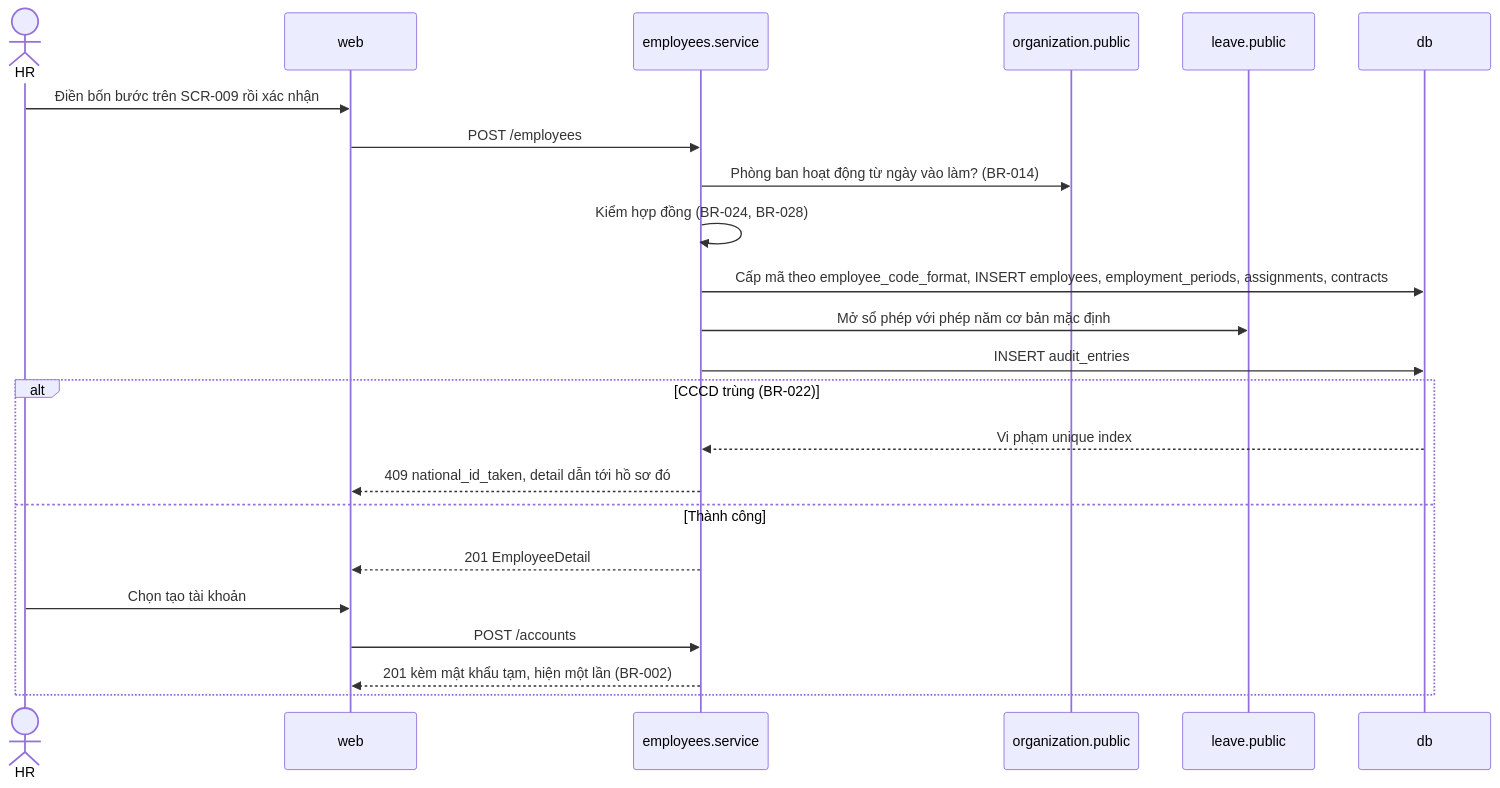
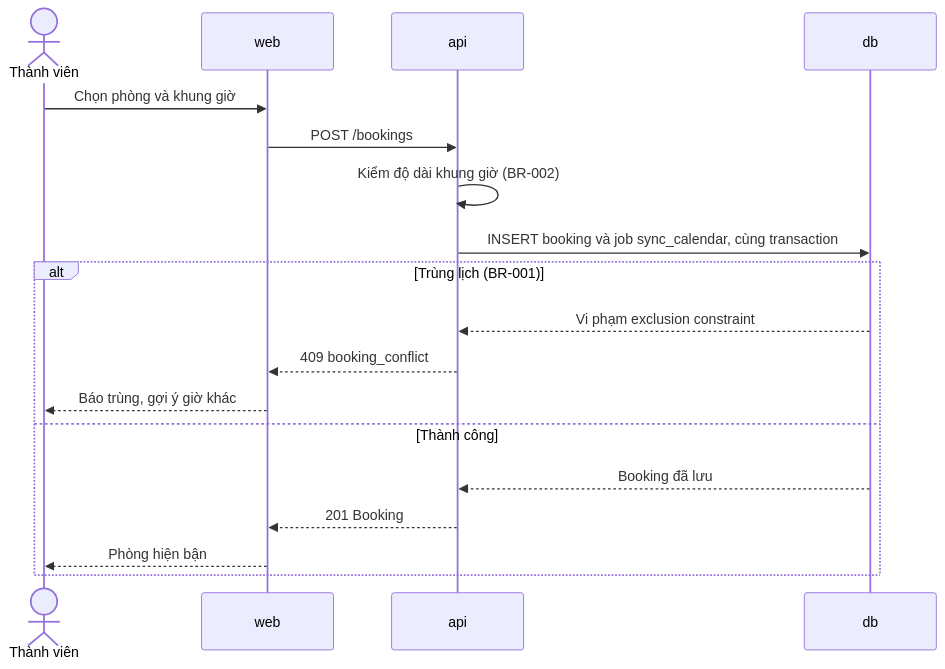
The diagram in docs/design/flows.md (pbaodev/hr-manager), drawn with Mermaid before and after one commit. The commit also changed other lines of this file and 26 other files, not shown here.

````diff
--- a/docs/design/flows.md
+++ b/docs/design/flows.md
@@ -107,25 +18,20 @@
 ```mermaid
 sequenceDiagram
-  actor H as HR
+  actor M as Thành viên
   participant W as web
-  participant E as employees.service
-  participant O as organization.public
-  participant L as leave.public
+  participant A as api
   participant D as db
-  H->>W: Điền bốn bước trên SCR-009 rồi xác nhận
-  W->>E: POST /employees
-  E->>O: Phòng ban hoạt động từ ngày vào làm? (BR-014)
-  E->>E: Kiểm hợp đồng (BR-024, BR-028)
-  E->>D: Cấp mã theo employee_code_format, INSERT employees, employment_periods, assignments, contracts
-  E->>L: Mở sổ phép với phép năm cơ bản mặc định
-  E->>D: INSERT audit_entries
-  alt CCCD trùng (BR-022)
-    D-->>E: Vi phạm unique index
-    E-->>W: 409 national_id_taken, detail dẫn tới hồ sơ đó
+  M->>W: Chọn phòng và khung giờ
+  W->>A: POST /bookings
+  A->>A: Kiểm độ dài khung giờ (BR-002)
+  A->>D: INSERT booking và job sync_calendar, cùng transaction
+  alt Trùng lịch (BR-001)
+    D-->>A: Vi phạm exclusion constraint
+    A-->>W: 409 booking_conflict
+    W-->>M: Báo trùng, gợi ý giờ khác
   else Thành công
-    E-->>W: 201 EmployeeDetail
-    H->>W: Chọn tạo tài khoản
-    W->>E: POST /accounts
-    E-->>W: 201 kèm mật khẩu tạm, hiện một lần (BR-002)
+    D-->>A: Booking đã lưu
+    A-->>W: 201 Booking
+    W-->>M: Phòng hiện bận
   end
 ```
````
